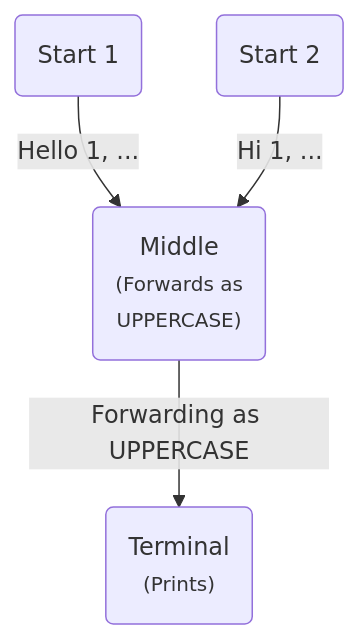
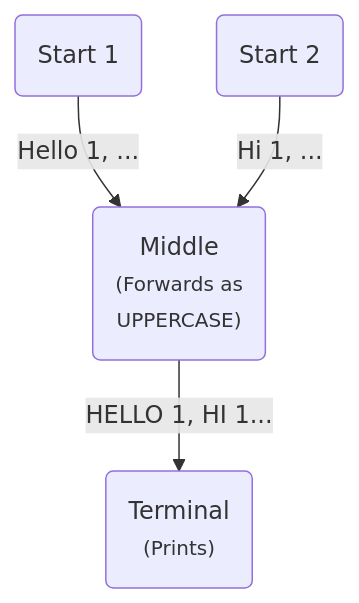
Before and after one commit to mariomac/pipes: the diagram in examples/tutorial/01-lowlevel-nodes/README.md, drawn with Mermaid. The commit also changed other lines of this file and 1 other file, not shown here.

````diff
--- a/examples/tutorial/01-lowlevel-nodes/README.md
+++ b/examples/tutorial/01-lowlevel-nodes/README.md
@@ -5,6 +25,6 @@
 ```mermaid
 graph TD
     S1(Start 1) -->|Hello 1, ...| M("Middle<br/><small>(Forwards as<br/>UPPERCASE)")
     S2(Start 2) -->|Hi 1, ...| M
-    M -->|Forwarding as UPPERCASE| T("Terminal<br/><small>(Prints)</small>")
+    M -->|HELLO 1, HI 1...| T("Terminal<br/><small>(Prints)</small>")
 ```
````
